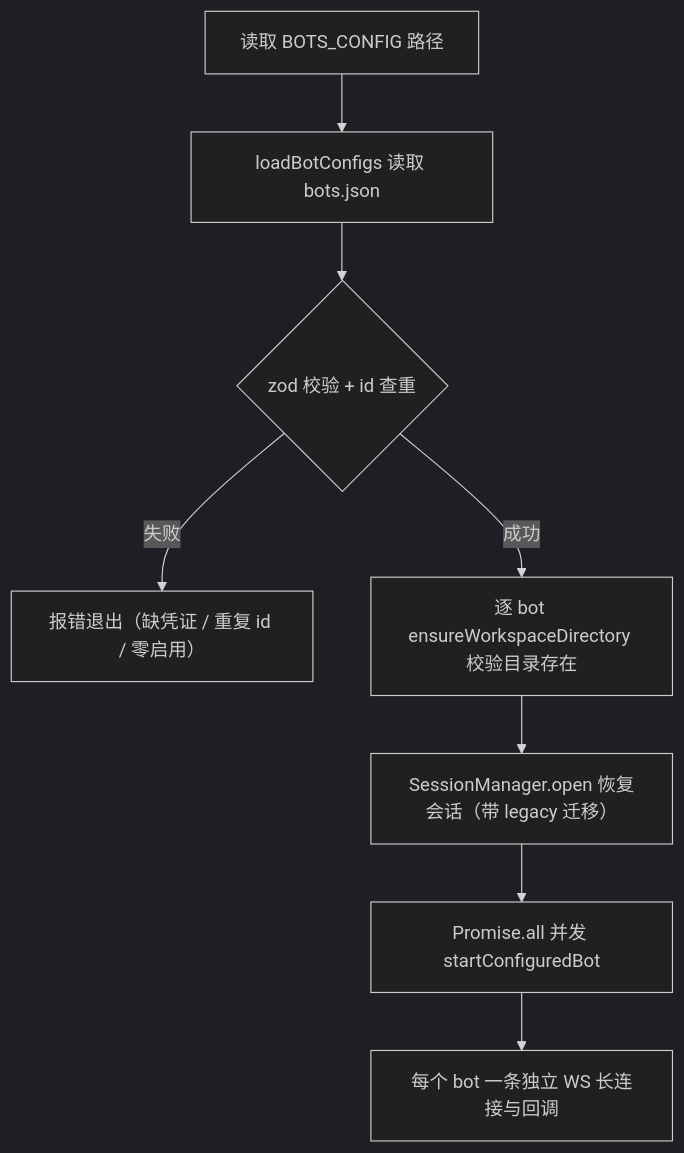
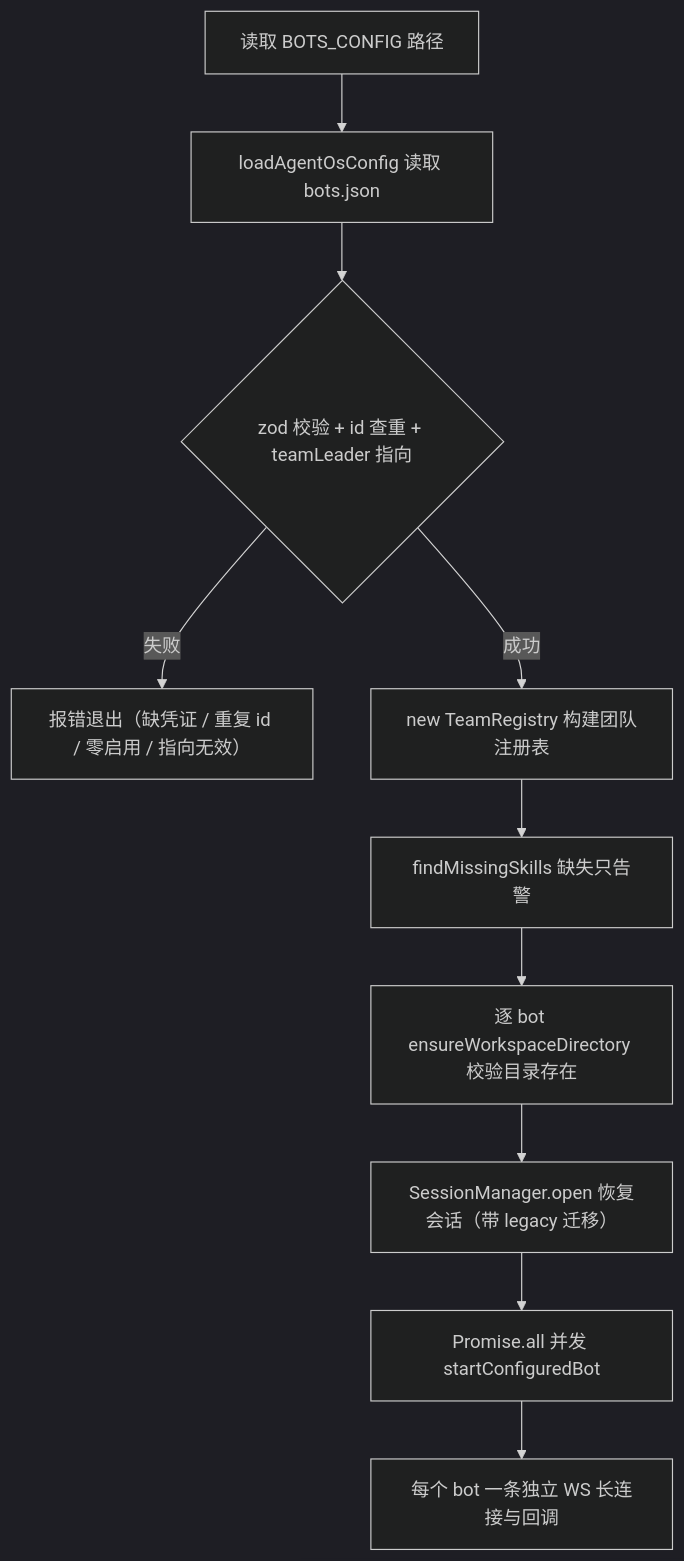
Before and after one commit to CerrorJ/Agent-Team: the diagram in openwiki/domain/bot-registry.md, drawn with Mermaid (dark theme). The commit also changed other lines of this file and 12 other files, not shown here.

````diff
--- a/openwiki/domain/bot-registry.md
+++ b/openwiki/domain/bot-registry.md
@@ -49,10 +62,12 @@
 ```mermaid
 flowchart TD
-    ENV["读取 BOTS_CONFIG 路径"] --> LOAD["loadBotConfigs 读取 bots.json"]
-    LOAD --> SCHEMA{"zod 校验 + id 查重"}
-    SCHEMA -->|失败| FAIL["报错退出（缺凭证 / 重复 id / 零启用）"]
-    SCHEMA -->|成功| WS["逐 bot ensureWorkspaceDirectory 校验目录存在"]
+    ENV["读取 BOTS_CONFIG 路径"] --> LOAD["loadAgentOsConfig 读取 bots.json"]
+    LOAD --> SCHEMA{"zod 校验 + id 查重 + teamLeader 指向"}
+    SCHEMA -->|失败| FAIL["报错退出（缺凭证 / 重复 id / 零启用 / 指向无效）"]
+    SCHEMA -->|成功| TEAM["new TeamRegistry 构建团队注册表"]
+    TEAM --> SKILL["findMissingSkills 缺失只告警"]
+    SKILL --> WS["逐 bot ensureWorkspaceDirectory 校验目录存在"]
     WS --> SESS["SessionManager.open 恢复会话（带 legacy 迁移）"]
     SESS --> START["Promise.all 并发 startConfiguredBot"]
     START --> CONN["每个 bot 一条独立 WS 长连接与回调"]
 ```
````
